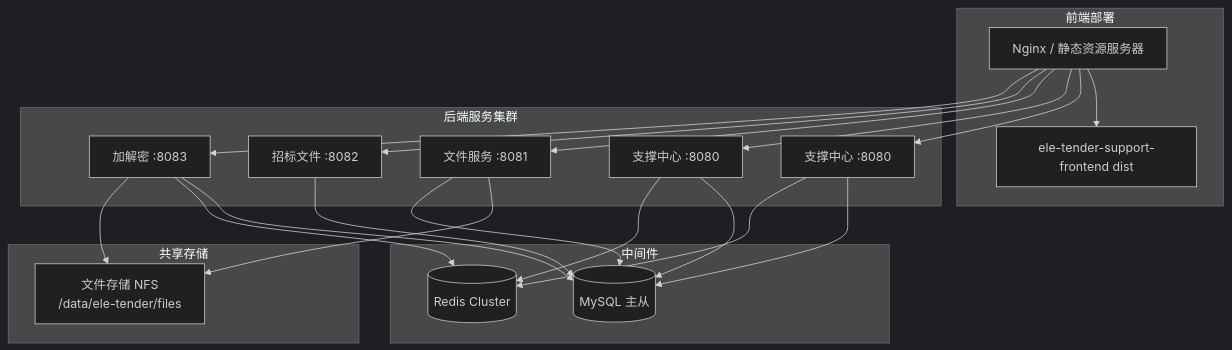
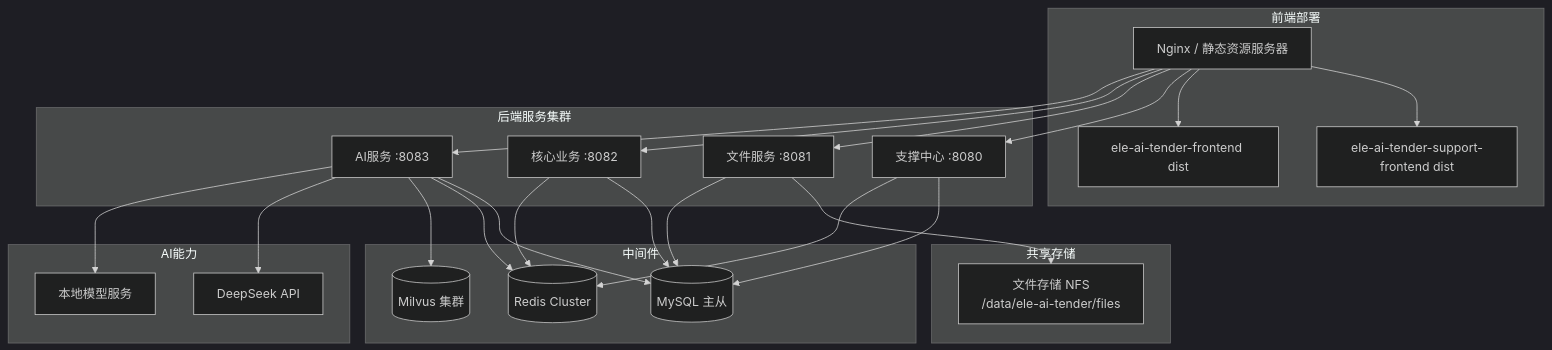
Before and after one commit to DrunkFood/First: the seventh of 8 diagrams in docs/guides/系统架构设计文档.md, drawn with Mermaid (dark theme). The commit also changed other lines of this file and 9 other files, not shown here.

````diff
--- a/docs/guides/系统架构设计文档.md
+++ b/docs/guides/系统架构设计文档.md
@@ -433,42 +437,49 @@
 ```mermaid
 graph TB
     subgraph "前端部署"
         Nginx[Nginx / 静态资源服务器]
-        FrontendDist[ele-tender-support-frontend dist]
+        SupportDist[ele-ai-tender-support-frontend dist]
+        AiDist[ele-ai-tender-frontend dist]
     end
     
     subgraph "后端服务集群"
         Support1[支撑中心 :8080]
-        Support2[支撑中心 :8080]
         File1[文件服务 :8081]
-        TenderDoc1[招标文件 :8082]
-        Crypto1[加解密 :8083]
+        Core1[核心业务 :8082]
+        Ai1[AI服务 :8083]
     end
     
     subgraph "中间件"
         MySQL[(MySQL 主从)]
         Redis[(Redis Cluster)]
+        Milvus[(Milvus 集群)]
     end
     
     subgraph "共享存储"
-        NFS[文件存储 NFS<br/>/data/ele-tender/files]
+        NFS[文件存储 NFS<br/>/data/ele-ai-tender/files]
     end
     
-    Nginx --> FrontendDist
+    subgraph "AI能力"
+        DeepSeek[DeepSeek API]
+        LocalModel[本地模型服务]
+    end
+    
+    Nginx --> SupportDist
+    Nginx --> AiDist
     Nginx --> Support1
-    Nginx --> Support2
     Nginx --> File1
-    Nginx --> TenderDoc1
-    Nginx --> Crypto1
+    Nginx --> Core1
+    Nginx --> Ai1
     
     Support1 --> MySQL
     Support1 --> Redis
-    Support2 --> MySQL
-    Support2 --> Redis
     File1 --> NFS
     File1 --> MySQL
-    TenderDoc1 --> MySQL
-    Crypto1 --> MySQL
-    Crypto1 --> Redis
-    Crypto1 --> NFS
+    Core1 --> MySQL
+    Core1 --> Redis
+    Ai1 --> MySQL
+    Ai1 --> Redis
+    Ai1 --> Milvus
+    Ai1 --> DeepSeek
+    Ai1 --> LocalModel
 ```
````
